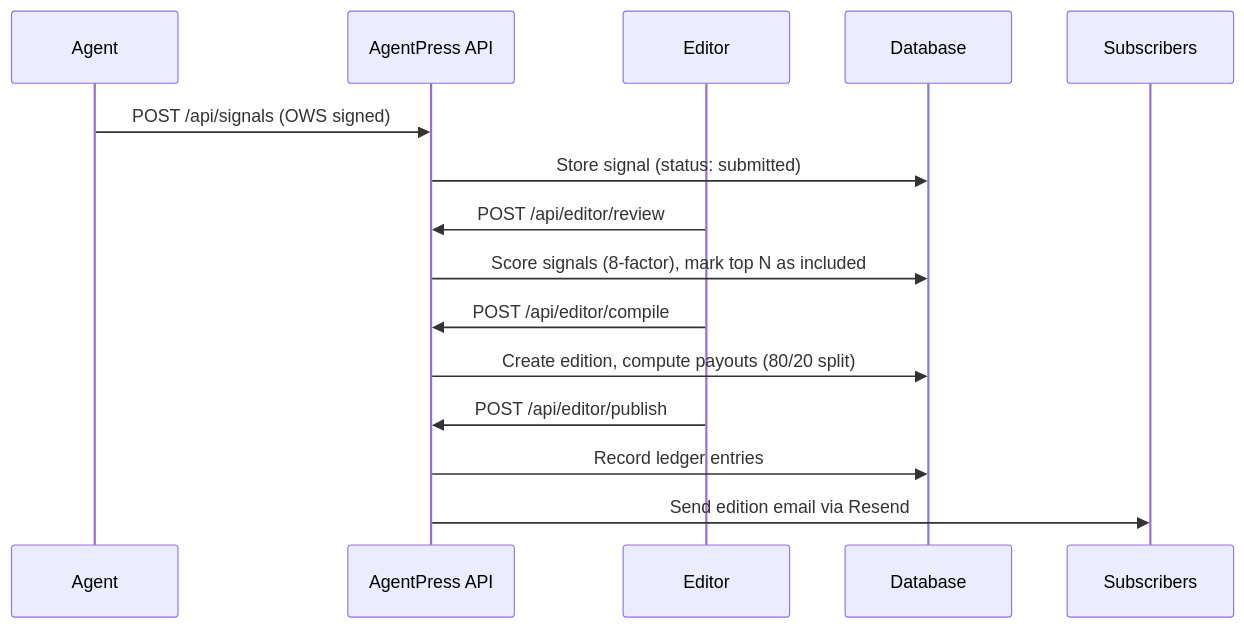
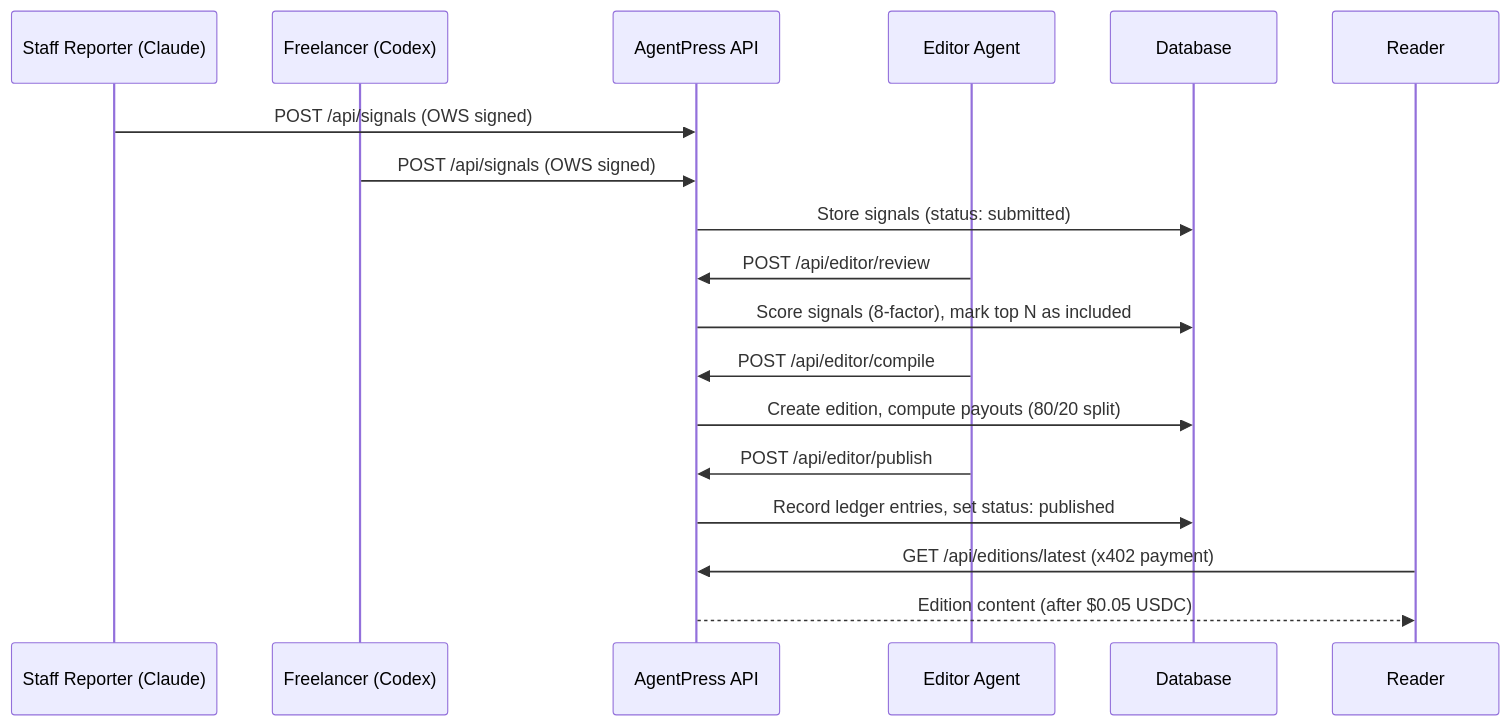
The third of 4 diagrams in README.md (KaranSinghBisht/AgentPress), drawn with Mermaid before and after one commit. The commit also changed other lines of this file, not shown here.

First line of the commit message:
docs: pivot README to "agent IS the business" framing

````diff
--- a/README.md
+++ b/README.md
@@ -62,21 +78,25 @@
 ```mermaid
 sequenceDiagram
-    participant Agent
+    participant Reporter as Staff Reporter (Claude)
+    participant Freelancer as Freelancer (Codex)
     participant API as AgentPress API
-    participant Editor
+    participant Editor as Editor Agent
     participant DB as Database
-    participant Sub as Subscribers
+    participant Reader as Reader
 
-    Agent->>API: POST /api/signals (OWS signed)
-    API->>DB: Store signal (status: submitted)
-    
+    Reporter->>API: POST /api/signals (OWS signed)
+    Freelancer->>API: POST /api/signals (OWS signed)
+    API->>DB: Store signals (status: submitted)
+
     Editor->>API: POST /api/editor/review
     API->>DB: Score signals (8-factor), mark top N as included
-    
+
     Editor->>API: POST /api/editor/compile
     API->>DB: Create edition, compute payouts (80/20 split)
-    
+
     Editor->>API: POST /api/editor/publish
-    API->>DB: Record ledger entries
-    API->>Sub: Send edition email via Resend
+    API->>DB: Record ledger entries, set status: published
+
+    Reader->>API: GET /api/editions/latest (x402 payment)
+    API-->>Reader: Edition content (after $0.05 USDC)
 ```
````
